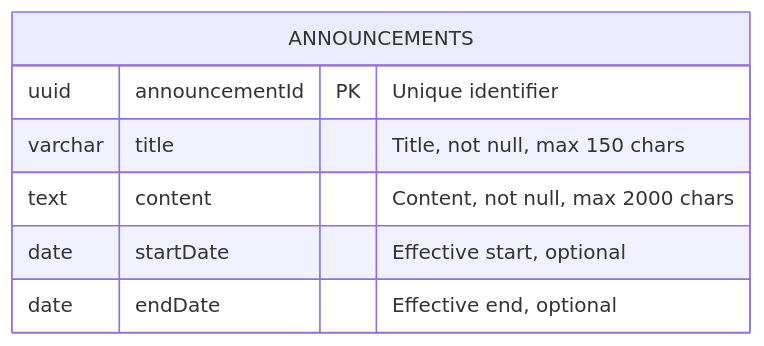
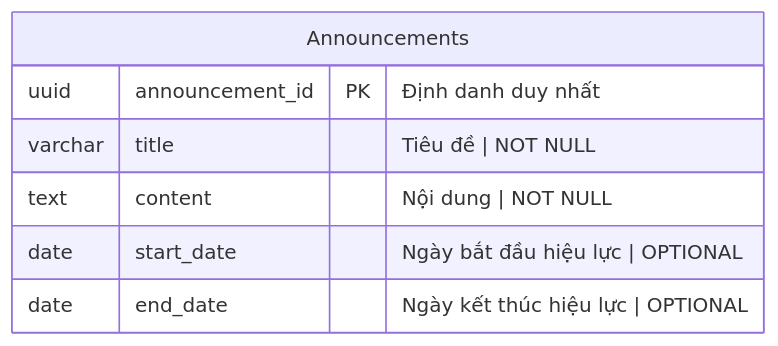
Diagram 11 of 12 in docs/requirements/requirements.md (hainguyen81/membership-hub), drawn with Mermaid before and after one commit. The commit also changed other lines of this file and 1 other file, not shown here.

````diff
--- a/docs/requirements/requirements.md
+++ b/docs/requirements/requirements.md
@@ -281,10 +613,10 @@
-  ```mermaid
-  erDiagram
-      ANNOUNCEMENTS {
-          uuid announcementId PK "Unique identifier"
-          varchar title "Title, not null, max 150 chars"
-          text content "Content, not null, max 2000 chars"
-          date startDate "Effective start, optional"
-          date endDate "Effective end, optional"
-      }
-  ```
+```mermaid
+erDiagram
+    Announcements {
+        uuid announcement_id PK "Định danh duy nhất"
+        varchar title "Tiêu đề | NOT NULL"
+        text content "Nội dung | NOT NULL"
+        date start_date "Ngày bắt đầu hiệu lực | OPTIONAL"
+        date end_date "Ngày kết thúc hiệu lực | OPTIONAL"
+    }
+```
````
